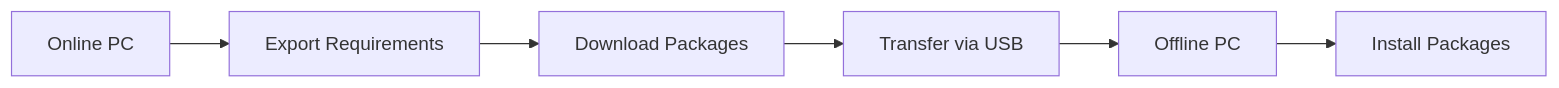
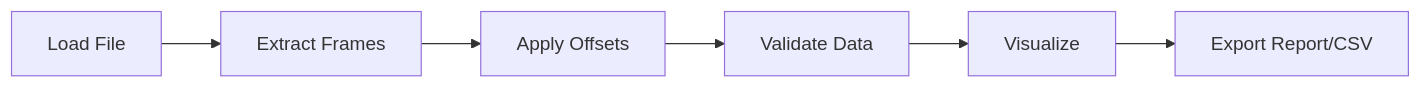
The diagram in README.md (ChiranjibKar/PyPort), drawn with Mermaid before and after one commit. The commit also changed other lines of this file, not shown here.

````diff
--- a/README.md
+++ b/README.md
@@ -70,8 +74,8 @@
 ```mermaid
 flowchart LR
-A[Online PC] --> B[Export Requirements]
-B --> C[Download Packages]
-C --> D[Transfer via USB]
-D --> E[Offline PC]
-E --> F[Install Packages]
+A[Load File] --> B[Extract Frames]
+B --> C[Apply Offsets]
+C --> D[Validate Data]
+D --> E[Visualize]
+E --> F[Export Report/CSV]
 ```
````
